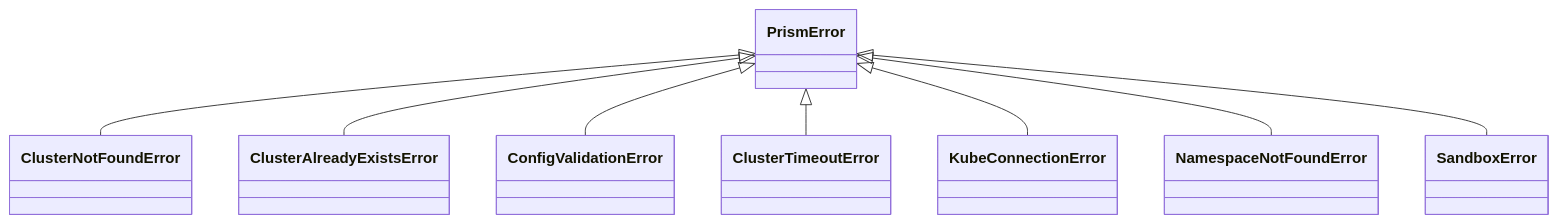
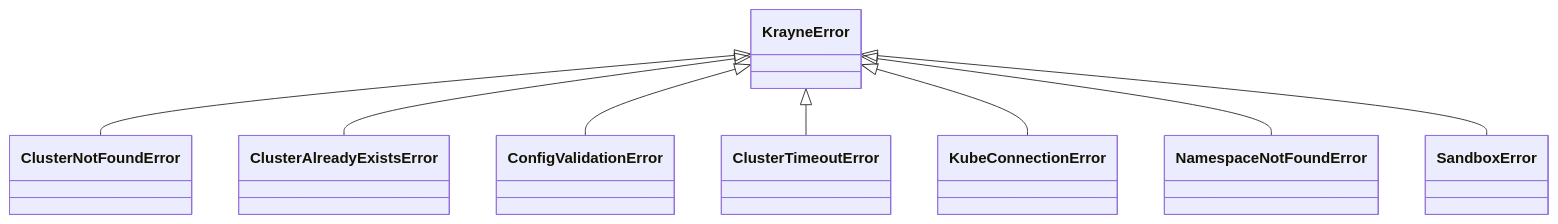
Before and after one commit to roulbac/krayne: the fourth of 4 diagrams in docs/architecture.md, drawn with Mermaid. The commit also changed other lines of this file and 51 other files, not shown here.

First line of the commit message:
Rename project from Prism to Krayne

````diff
--- a/docs/architecture.md
+++ b/docs/architecture.md
@@ -169,10 +169,10 @@
 ```mermaid
 classDiagram
-  PrismError <|-- ClusterNotFoundError
-  PrismError <|-- ClusterAlreadyExistsError
-  PrismError <|-- ConfigValidationError
-  PrismError <|-- ClusterTimeoutError
-  PrismError <|-- KubeConnectionError
-  PrismError <|-- NamespaceNotFoundError
-  PrismError <|-- SandboxError
+  KrayneError <|-- ClusterNotFoundError
+  KrayneError <|-- ClusterAlreadyExistsError
+  KrayneError <|-- ConfigValidationError
+  KrayneError <|-- ClusterTimeoutError
+  KrayneError <|-- KubeConnectionError
+  KrayneError <|-- NamespaceNotFoundError
+  KrayneError <|-- SandboxError
 ```
````
